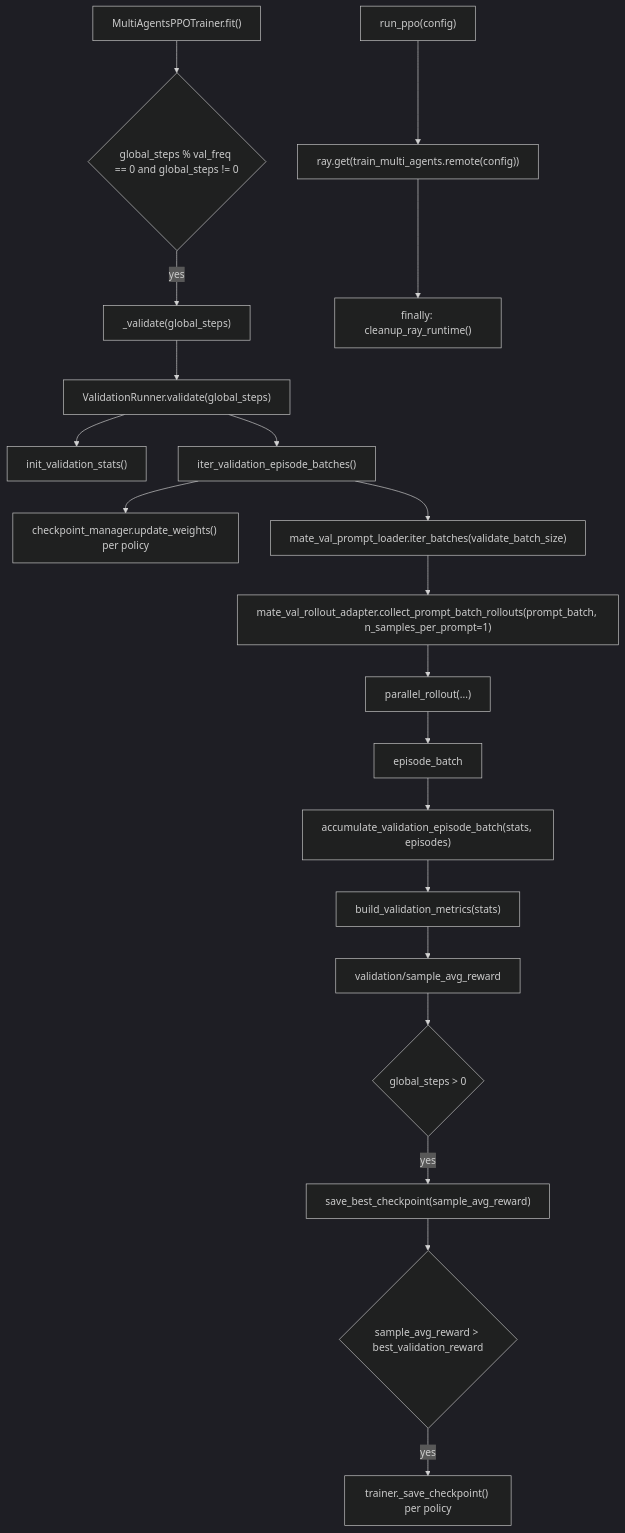
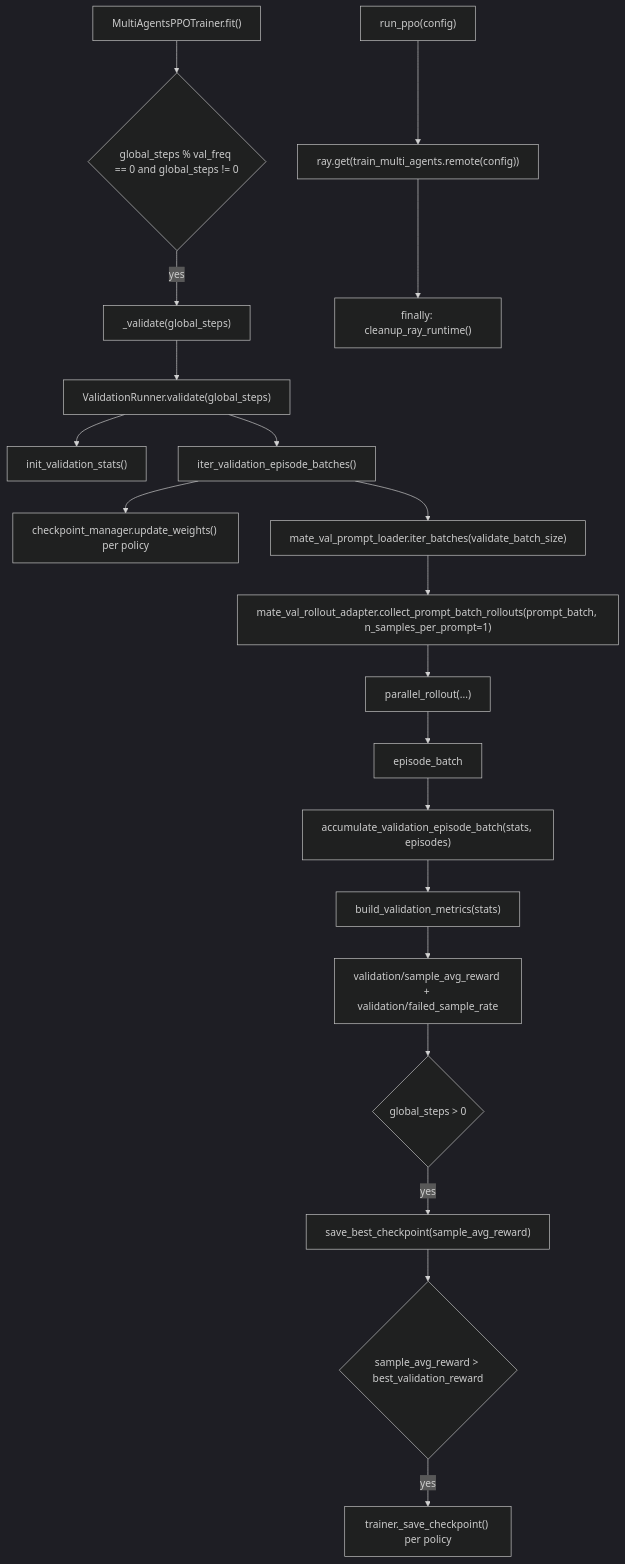
One commit to zehanzhu/OrhRL changed the fifth of 5 diagrams in OrchRL_Training_Flow.md. Above: the diagram before and after it, drawn with Mermaid (dark theme). The commit also changed other lines of this file and 46 other files, not shown here.

````diff
--- a/OrchRL_Training_Flow.md
+++ b/OrchRL_Training_Flow.md
@@ -175,23 +176,23 @@
 ```mermaid
 flowchart TD
     A["MultiAgentsPPOTrainer.fit()"] --> B{"global_steps % val_freq == 0 and global_steps != 0"}
     B -->|yes| C["_validate(global_steps)"]
     C --> D["ValidationRunner.validate(global_steps)"]
     D --> E["init_validation_stats()"]
     D --> F["iter_validation_episode_batches()"]
     F --> G["checkpoint_manager.update_weights() per policy"]
     F --> H["mate_val_prompt_loader.iter_batches(validate_batch_size)"]
     H --> I["mate_val_rollout_adapter.collect_prompt_batch_rollouts(prompt_batch, n_samples_per_prompt=1)"]
     I --> J["parallel_rollout(...)"]
     J --> K["episode_batch"]
     K --> L["accumulate_validation_episode_batch(stats, episodes)"]
     L --> M["build_validation_metrics(stats)"]
-    M --> N["validation/sample_avg_reward"]
+    M --> N["validation/sample_avg_reward + validation/failed_sample_rate"]
     N --> O{"global_steps > 0"}
     O -->|yes| P["save_best_checkpoint(sample_avg_reward)"]
     P --> Q{"sample_avg_reward > best_validation_reward"}
     Q -->|yes| R["trainer._save_checkpoint() per policy"]
 
     S["run_ppo(config)"] --> T["ray.get(train_multi_agents.remote(config))"]
     T --> U["finally: cleanup_ray_runtime()"]
 ```
````
